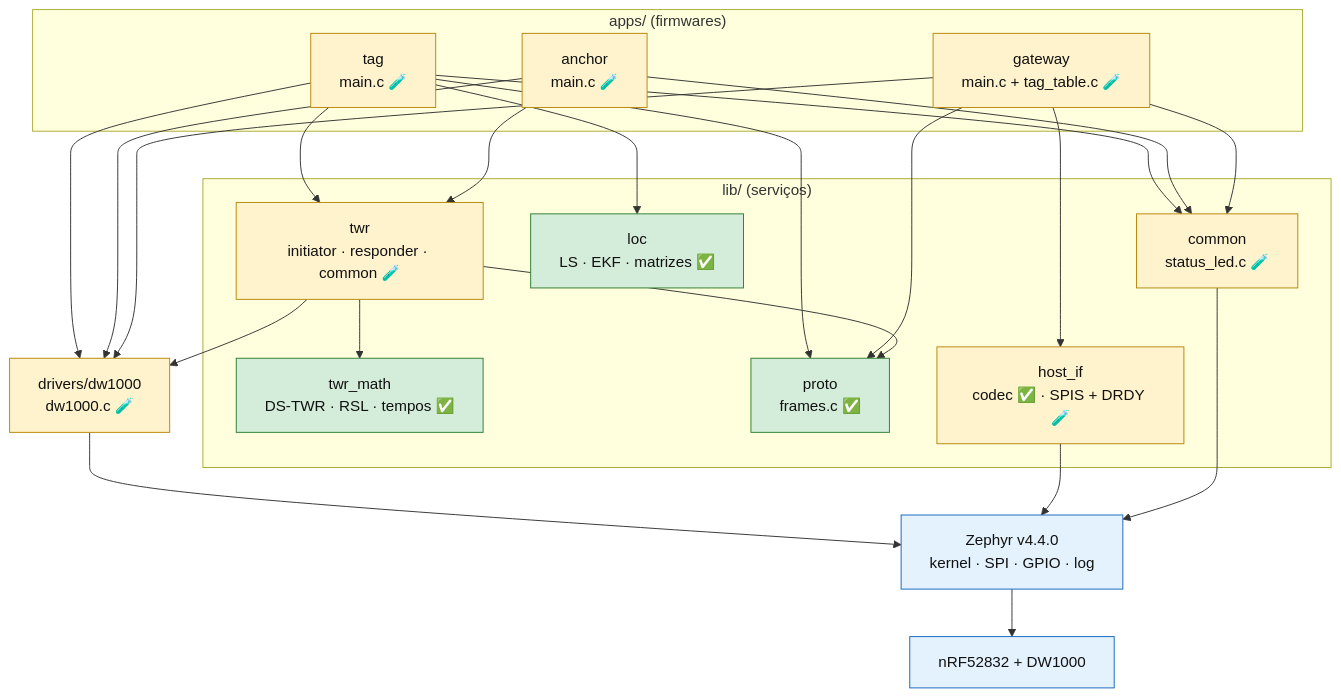
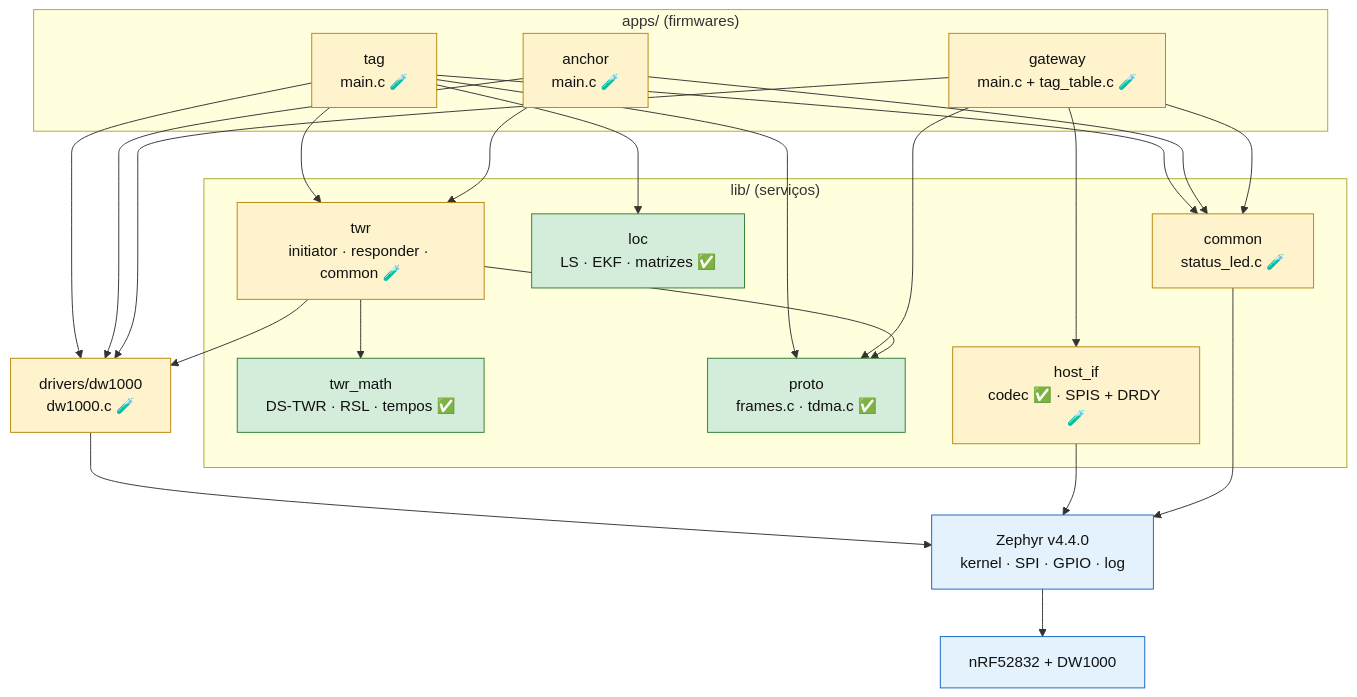
The second of 16 diagrams in docs/09-guia-do-codigo.md (MauroTony/dwm1001-rtls-fw), drawn with Mermaid before and after one commit. The commit also changed other lines of this file and 5 other files, not shown here.

````diff
--- a/docs/09-guia-do-codigo.md
+++ b/docs/09-guia-do-codigo.md
@@ -61,28 +63,28 @@
 ```mermaid
 flowchart TB
     subgraph APPS["apps/ (firmwares)"]
         tag["tag<br/>main.c 🧪"]:::bench
         anchor["anchor<br/>main.c 🧪"]:::bench
         gw["gateway<br/>main.c + tag_table.c 🧪"]:::bench
     end
     subgraph LIB["lib/ (serviços)"]
         twr["twr<br/>initiator · responder · common 🧪"]:::bench
         math["twr_math<br/>DS-TWR · RSL · tempos ✅"]:::ok
-        proto["proto<br/>frames.c ✅"]:::ok
+        proto["proto<br/>frames.c · tdma.c ✅"]:::ok
         loc["loc<br/>LS · EKF · matrizes ✅"]:::ok
         hif["host_if<br/>codec ✅ · SPIS + DRDY 🧪"]:::bench
         led["common<br/>status_led.c 🧪"]:::bench
     end
     drv["drivers/dw1000<br/>dw1000.c 🧪"]:::bench
     zep["Zephyr v4.4.0<br/>kernel · SPI · GPIO · log"]:::ext
     hw["nRF52832 + DW1000"]:::ext
     tag --> twr & loc & proto & led & drv
     anchor --> twr & led & drv
     gw --> proto & hif & led & drv
     twr --> math & proto & drv
     drv & hif & led --> zep --> hw
     classDef ok fill:#d4edda,stroke:#2e7d32,color:#111
     classDef bench fill:#fff3cd,stroke:#b8860b,color:#111
     classDef stub fill:#eceff1,stroke:#78909c,color:#111,stroke-dasharray:4 3
     classDef ext fill:#e3f2fd,stroke:#1565c0,color:#111
 ```
````
